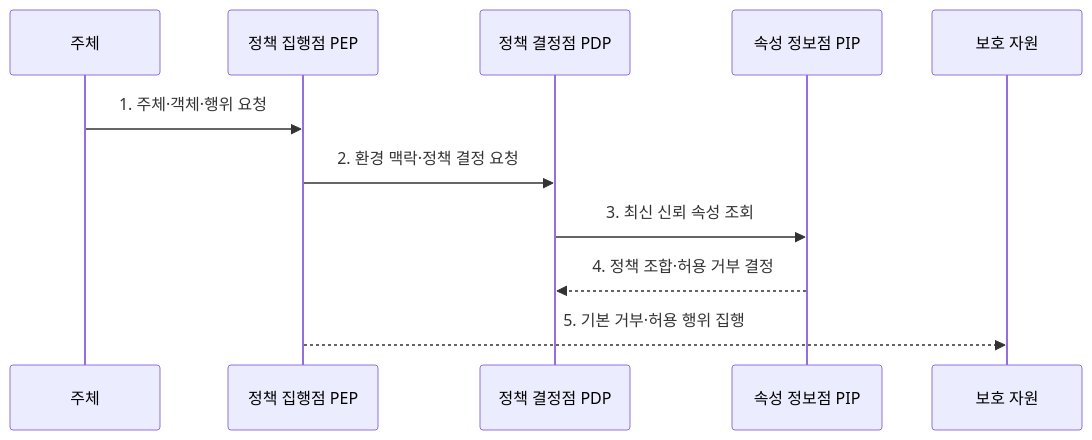
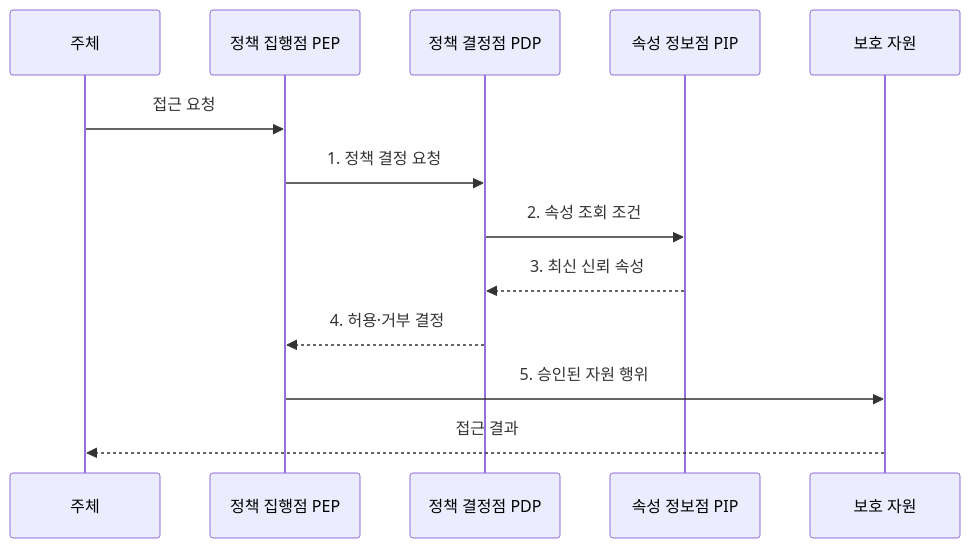
Before and after one commit to agnusdei1207/knowledge-base: the second of 2 diagrams in src/content/docs/notes/05-security/060_abac.md, drawn with Mermaid. The commit also changed other lines of this file and 20 other files, not shown here.

````diff
--- a/src/content/docs/notes/05-security/060_abac.md
+++ b/src/content/docs/notes/05-security/060_abac.md
@@ -88,13 +89,15 @@
 ```mermaid
 sequenceDiagram
     participant S as 주체
     participant E as 정책 집행점 PEP
     participant D as 정책 결정점 PDP
     participant I as 속성 정보점 PIP
     participant R as 보호 자원
-    S->>E: 1. 주체·객체·행위 요청
-    E->>D: 2. 환경 맥락·정책 결정 요청
-    D->>I: 3. 최신 신뢰 속성 조회
-    I-->>D: 4. 정책 조합·허용 거부 결정
-    E-->>R: 5. 기본 거부·허용 행위 집행
+    S->>E: 접근 요청
+    E->>D: 1. 정책 결정 요청
+    D->>I: 2. 속성 조회 조건
+    I-->>D: 3. 최신 신뢰 속성
+    D-->>E: 4. 허용·거부 결정
+    E->>R: 5. 승인된 자원 행위
+    R-->>S: 접근 결과
 ```
````
